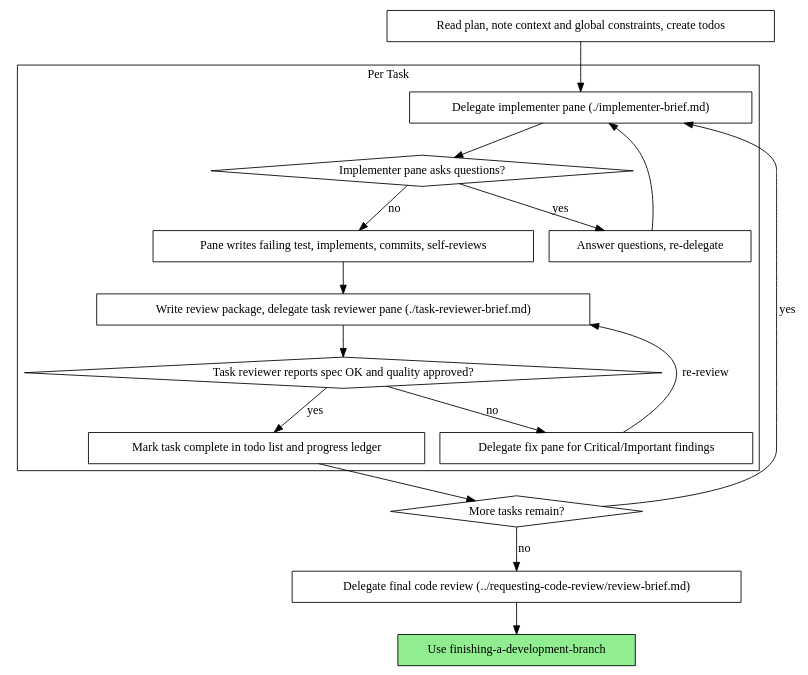
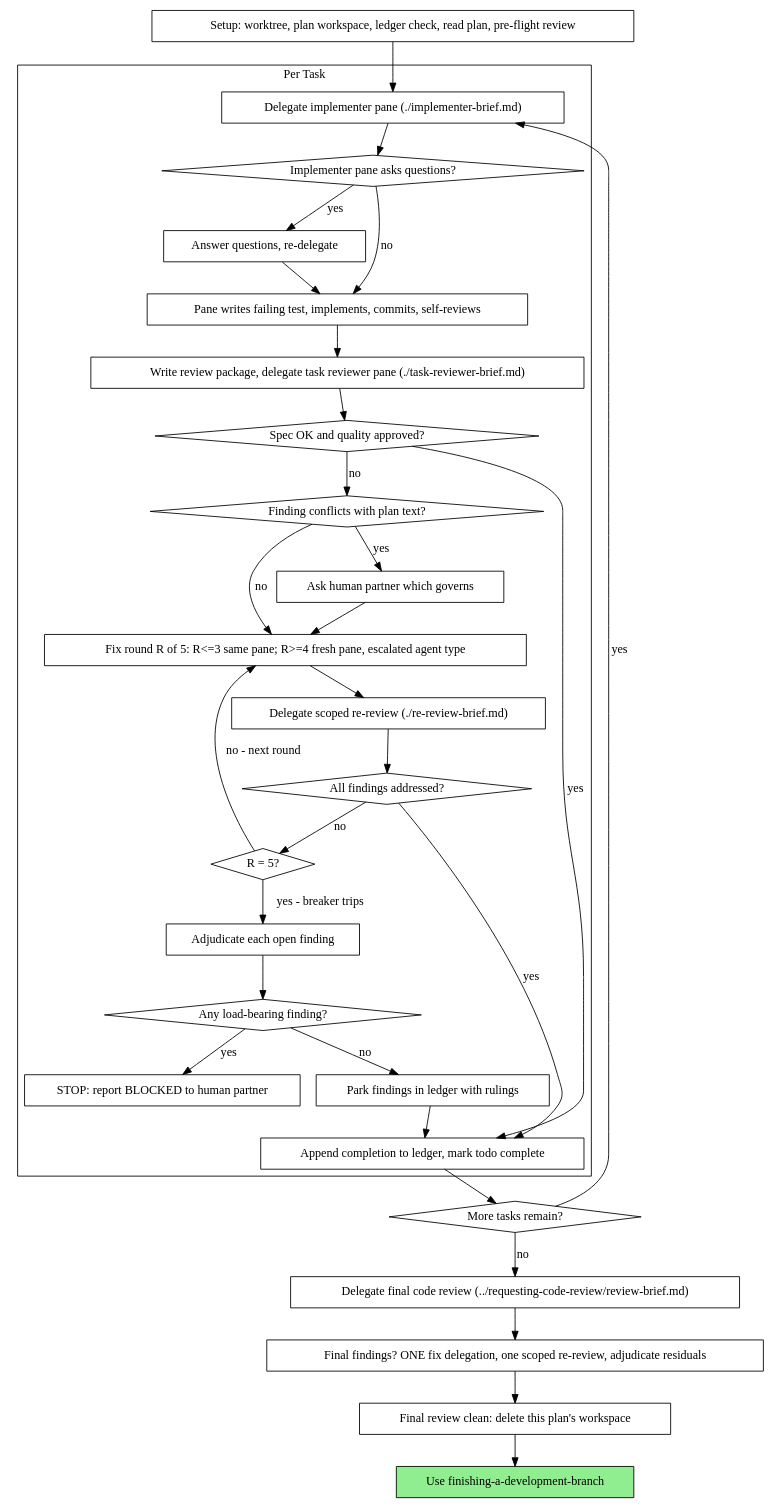
The second of 2 diagrams in skills/pane-driven-development/SKILL.md (transparent-pegasus/herdrpowers), drawn with Graphviz before and after one commit. The commit also changed other lines of this file and 33 other files, not shown here.

````diff
--- a/skills/pane-driven-development/SKILL.md
+++ b/skills/pane-driven-development/SKILL.md
@@ -57,37 +57,62 @@
 ```dot
 digraph process {
     rankdir=TB;
 
     subgraph cluster_per_task {
         label="Per Task";
         "Delegate implementer pane (./implementer-brief.md)" [shape=box];
         "Implementer pane asks questions?" [shape=diamond];
         "Answer questions, re-delegate" [shape=box];
         "Pane writes failing test, implements, commits, self-reviews" [shape=box];
         "Write review package, delegate task reviewer pane (./task-reviewer-brief.md)" [shape=box];
-        "Task reviewer reports spec OK and quality approved?" [shape=diamond];
-        "Delegate fix pane for Critical/Important findings" [shape=box];
-        "Mark task complete in todo list and progress ledger" [shape=box];
+        "Spec OK and quality approved?" [shape=diamond];
+        "Finding conflicts with plan text?" [shape=diamond];
+        "Ask human partner which governs" [shape=box];
+        "Fix round R of 5: R<=3 same pane; R>=4 fresh pane, escalated agent type" [shape=box];
+        "Delegate scoped re-review (./re-review-brief.md)" [shape=box];
+        "All findings addressed?" [shape=diamond];
+        "R = 5?" [shape=diamond];
+        "Adjudicate each open finding" [shape=box];
+        "Any load-bearing finding?" [shape=diamond];
+        "STOP: report BLOCKED to human partner" [shape=box];
+        "Park findings in ledger with rulings" [shape=box];
+        "Append completion to ledger, mark todo complete" [shape=box];
     }
 
-    "Read plan, note context and global constraints, create todos" [shape=box];
+    "Setup: worktree, plan workspace, ledger check, read plan, pre-flight review" [shape=box];
     "More tasks remain?" [shape=diamond];
     "Delegate final code review (../requesting-code-review/review-brief.md)" [shape=box];
+    "Final findings? ONE fix delegation, one scoped re-review, adjudicate residuals" [shape=box];
+    "Final review clean: delete this plan's workspace" [shape=box];
     "Use finishing-a-development-branch" [shape=box style=filled fillcolor=lightgreen];
 
-    "Read plan, note context and global constraints, create todos" -> "Delegate implementer pane (./implementer-brief.md)";
+    "Setup: worktree, plan workspace, ledger check, read plan, pre-flight review" -> "Delegate implementer pane (./implementer-brief.md)";
     "Delegate implementer pane (./implementer-brief.md)" -> "Implementer pane asks questions?";
     "Implementer pane asks questions?" -> "Answer questions, re-delegate" [label="yes"];
-    "Answer questions, re-delegate" -> "Delegate implementer pane (./implementer-brief.md)";
+    "Answer questions, re-delegate" -> "Pane writes failing test, implements, commits, self-reviews";
     "Implementer pane asks questions?" -> "Pane writes failing test, implements, commits, self-reviews" [label="no"];
     "Pane writes failing test, implements, commits, self-reviews" -> "Write review package, delegate task reviewer pane (./task-reviewer-brief.md)";
-    "Write review package, delegate task reviewer pane (./task-reviewer-brief.md)" -> "Task reviewer reports spec OK and quality approved?";
-    "Task reviewer reports spec OK and quality approved?" -> "Delegate fix pane for Critical/Important findings" [label="no"];
-    "Delegate fix pane for Critical/Important findings" -> "Write review package, delegate task reviewer pane (./task-reviewer-brief.md)" [label="re-review"];
-    "Task reviewer reports spec OK and quality approved?" -> "Mark task complete in todo list and progress ledger" [label="yes"];
-    "Mark task complete in todo list and progress ledger" -> "More tasks remain?";
+    "Write review package, delegate task reviewer pane (./task-reviewer-brief.md)" -> "Spec OK and quality approved?";
+    "Spec OK and quality approved?" -> "Append completion to ledger, mark todo complete" [label="yes"];
+    "Spec OK and quality approved?" -> "Finding conflicts with plan text?" [label="no"];
+    "Finding conflicts with plan text?" -> "Ask human partner which governs" [label="yes"];
+    "Ask human partner which governs" -> "Fix round R of 5: R<=3 same pane; R>=4 fresh pane, escalated agent type";
+    "Finding conflicts with plan text?" -> "Fix round R of 5: R<=3 same pane; R>=4 fresh pane, escalated agent type" [label="no"];
+    "Fix round R of 5: R<=3 same pane; R>=4 fresh pane, escalated agent type" -> "Delegate scoped re-review (./re-review-brief.md)";
+    "Delegate scoped re-review (./re-review-brief.md)" -> "All findings addressed?";
+    "All findings addressed?" -> "Append completion to ledger, mark todo complete" [label="yes"];
+    "All findings addressed?" -> "R = 5?" [label="no"];
+    "R = 5?" -> "Fix round R of 5: R<=3 same pane; R>=4 fresh pane, escalated agent type" [label="no - next round"];
+    "R = 5?" -> "Adjudicate each open finding" [label="yes - breaker trips"];
+    "Adjudicate each open finding" -> "Any load-bearing finding?";
+    "Any load-bearing finding?" -> "STOP: report BLOCKED to human partner" [label="yes"];
+    "Any load-bearing finding?" -> "Park findings in ledger with rulings" [label="no"];
+    "Park findings in ledger with rulings" -> "Append completion to ledger, mark todo complete";
+    "Append completion to ledger, mark todo complete" -> "More tasks remain?";
     "More tasks remain?" -> "Delegate implementer pane (./implementer-brief.md)" [label="yes"];
     "More tasks remain?" -> "Delegate final code review (../requesting-code-review/review-brief.md)" [label="no"];
-    "Delegate final code review (../requesting-code-review/review-brief.md)" -> "Use finishing-a-development-branch";
+    "Delegate final code review (../requesting-code-review/review-brief.md)" -> "Final findings? ONE fix delegation, one scoped re-review, adjudicate residuals";
+    "Final findings? ONE fix delegation, one scoped re-review, adjudicate residuals" -> "Final review clean: delete this plan's workspace";
+    "Final review clean: delete this plan's workspace" -> "Use finishing-a-development-branch";
 }
 ```
````
